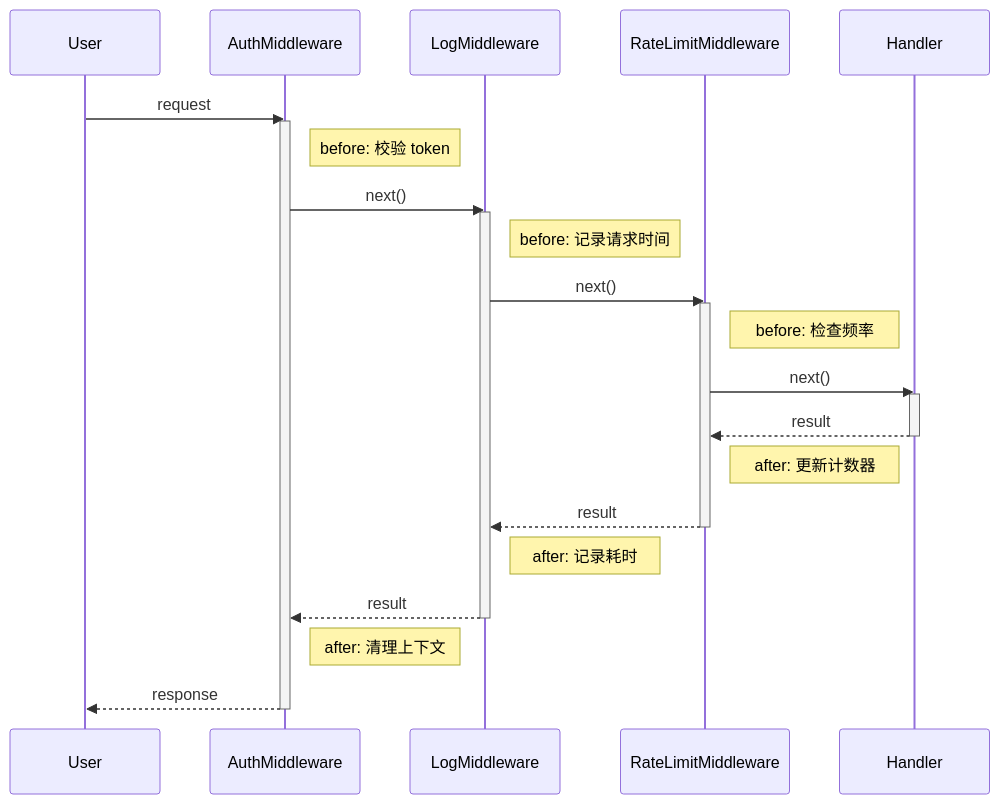
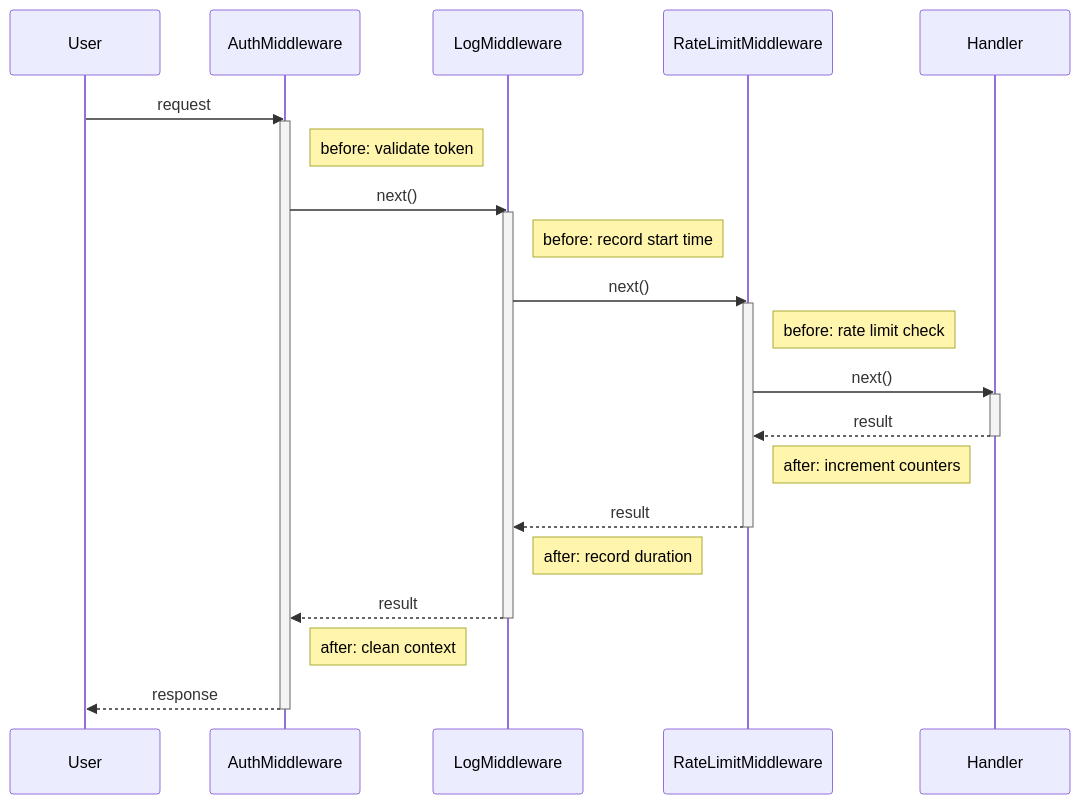
One commit to itsPremkumar/alpha changed the third of 4 diagrams in backend/docs/middleware-execution-flow.md. Above: the diagram before and after it, drawn with Mermaid. The commit also changed other lines of this file and 60 other files, not shown here.

````diff
--- a/backend/docs/middleware-execution-flow.md
+++ b/backend/docs/middleware-execution-flow.md
@@ -179,37 +179,37 @@
 ```mermaid
 sequenceDiagram
     participant U as User
     participant A as AuthMiddleware
     participant L as LogMiddleware
     participant R as RateLimitMiddleware
     participant H as Handler
 
     U ->> A: request
     activate A
-    Note right of A: before: 校验 token
+    Note right of A: before: validate token
 
     A ->> L: next()
     activate L
-    Note right of L: before: 记录请求时间
+    Note right of L: before: record start time
 
     L ->> R: next()
     activate R
-    Note right of R: before: 检查频率
+    Note right of R: before: rate limit check
 
     R ->> H: next()
     activate H
     H -->> R: result
     deactivate H
 
-    Note right of R: after: 更新计数器
+    Note right of R: after: increment counters
     R -->> L: result
     deactivate R
 
-    Note right of L: after: 记录耗时
+    Note right of L: after: record duration
     L -->> A: result
     deactivate L
 
-    Note right of A: after: 清理上下文
+    Note right of A: after: clean context
     A -->> U: response
     deactivate A
 ```
````
